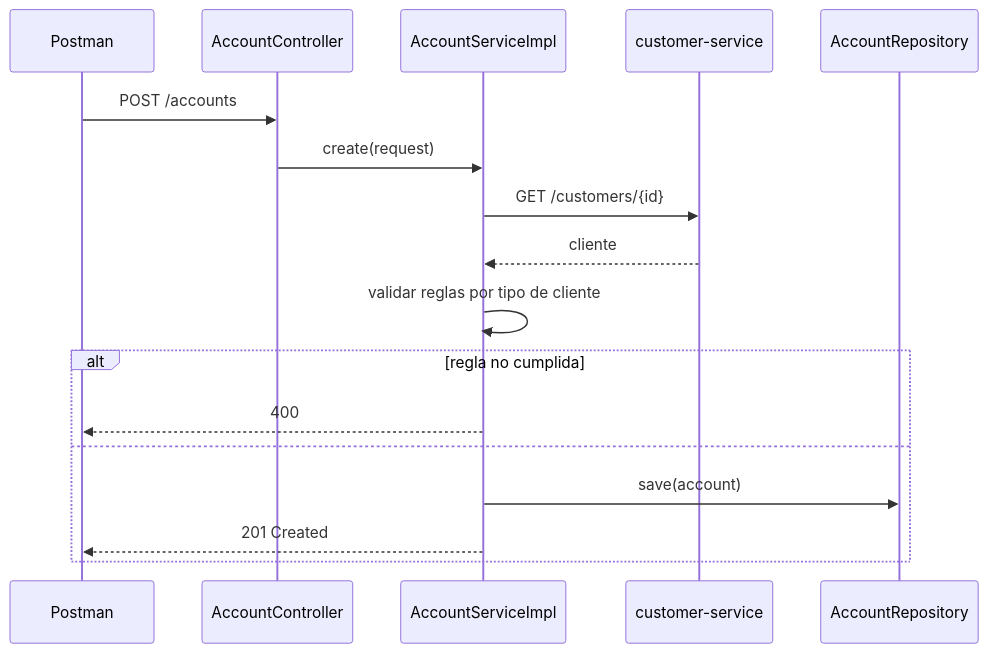
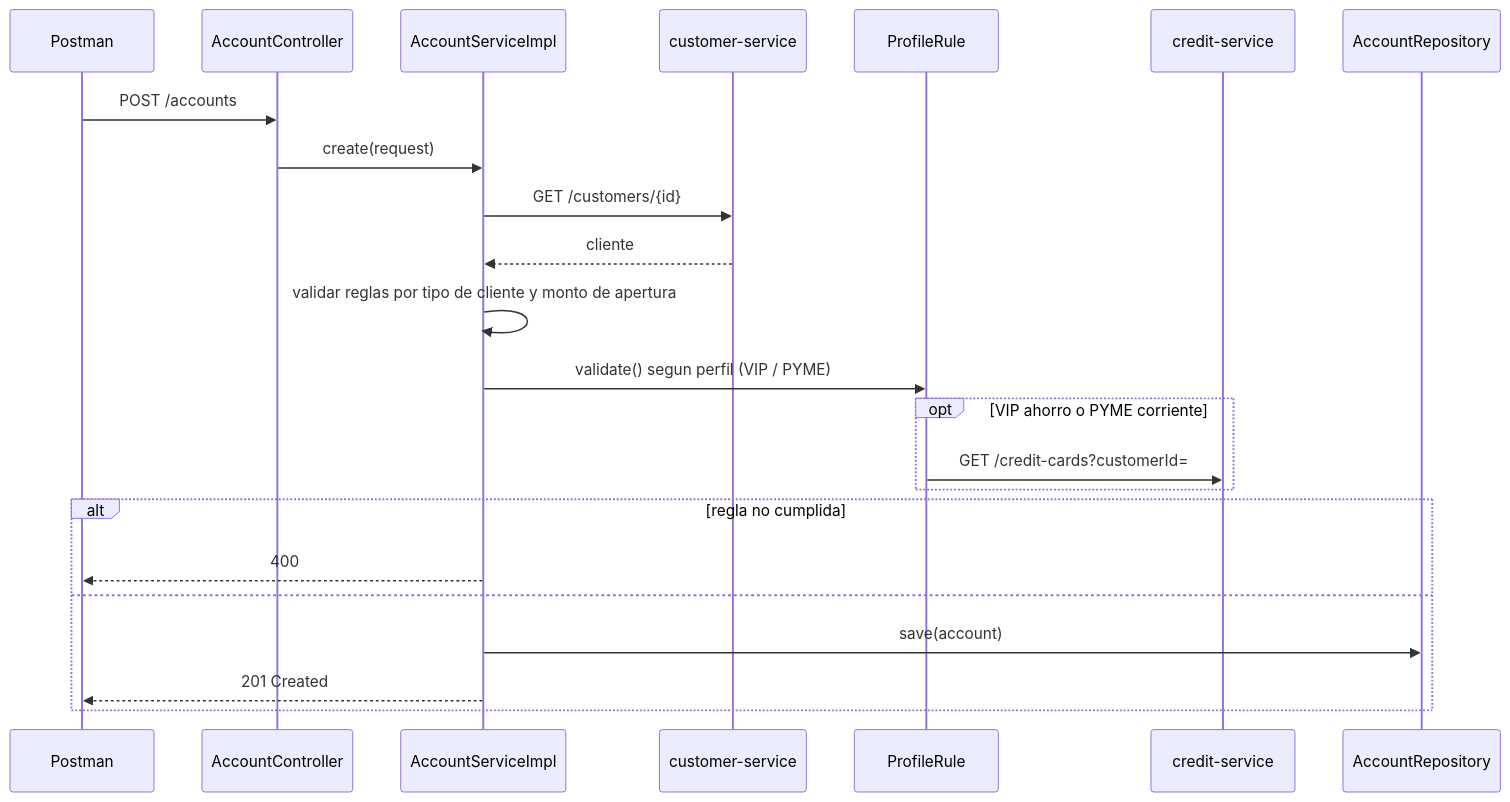
Before and after one commit to msalinas-se/account-service: the second of 4 diagrams in docs/diagrams.md, drawn with Mermaid. The commit also changed other lines of this file and 41 other files, not shown here.

````diff
--- a/docs/diagrams.md
+++ b/docs/diagrams.md
@@ -40,14 +48,18 @@
 ```mermaid
 sequenceDiagram
   Postman->>AccountController: POST /accounts
   AccountController->>AccountServiceImpl: create(request)
   AccountServiceImpl->>customer-service: GET /customers/{id}
   customer-service-->>AccountServiceImpl: cliente
-  AccountServiceImpl->>AccountServiceImpl: validar reglas por tipo de cliente
+  AccountServiceImpl->>AccountServiceImpl: validar reglas por tipo de cliente y monto de apertura
+  AccountServiceImpl->>ProfileRule: validate() segun perfil (VIP / PYME)
+  opt VIP ahorro o PYME corriente
+    ProfileRule->>credit-service: GET /credit-cards?customerId=
+  end
   alt regla no cumplida
     AccountServiceImpl-->>Postman: 400
   else
     AccountServiceImpl->>AccountRepository: save(account)
     AccountServiceImpl-->>Postman: 201 Created
   end
 ```
````
